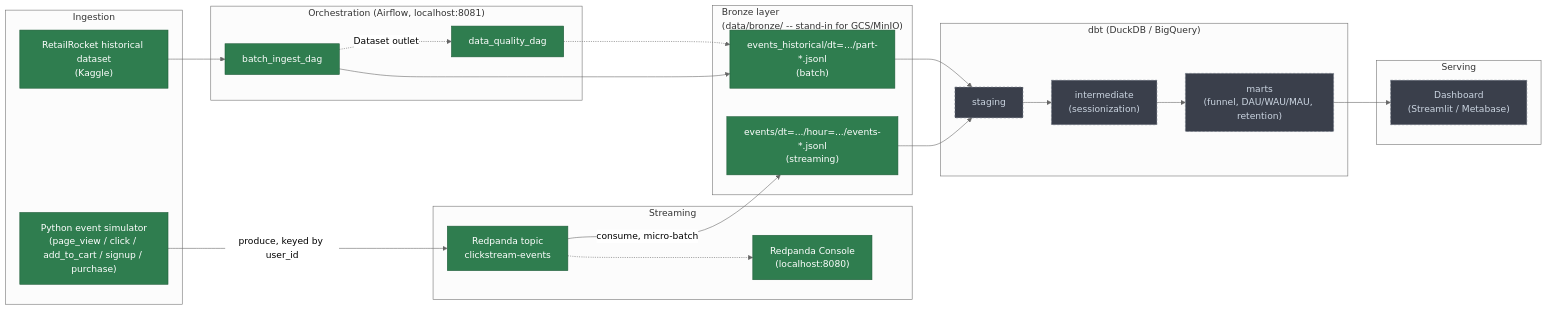
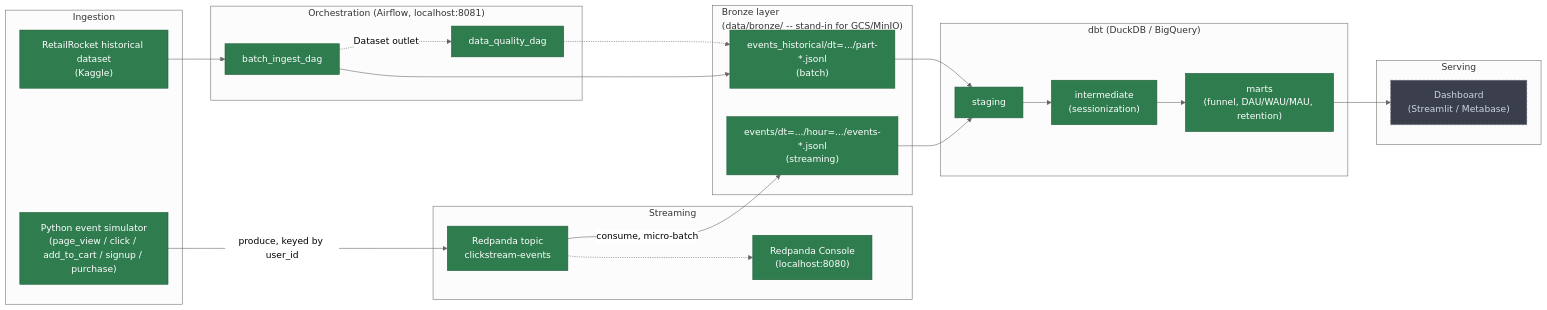
Before and after one commit to AkshayyRane/clickstream-pipeline: the diagram in README.md, drawn with Mermaid (neutral theme). The commit also changed other lines of this file and 24 other files, not shown here.

First line of the commit message:
Phase 3: dbt warehouse - staging, sessionization, per-source marts

````diff
--- a/README.md
+++ b/README.md
@@ -15,45 +15,45 @@
 ```mermaid
 flowchart LR
     subgraph ingest["Ingestion"]
         sim["Python event simulator<br/>(page_view / click / add_to_cart / signup / purchase)"]:::done
         hist["RetailRocket historical dataset<br/>(Kaggle)"]:::done
     end
 
     subgraph stream["Streaming"]
         rp["Redpanda topic<br/>clickstream-events"]:::done
         console["Redpanda Console<br/>(localhost:8080)"]:::done
     end
 
     subgraph orch["Orchestration (Airflow, localhost:8081)"]
         batch_dag["batch_ingest_dag"]:::done
         dq_dag["data_quality_dag"]:::done
     end
 
     subgraph bronze["Bronze layer<br/>(data/bronze/ -- stand-in for GCS/MinIO)"]
         b1["events/dt=.../hour=.../events-*.jsonl<br/>(streaming)"]:::done
         b2["events_historical/dt=.../part-*.jsonl<br/>(batch)"]:::done
     end
 
     subgraph warehouse["dbt (DuckDB / BigQuery)"]
-        stg["staging"]:::planned
-        inter["intermediate<br/>(sessionization)"]:::planned
-        marts["marts<br/>(funnel, DAU/WAU/MAU, retention)"]:::planned
+        stg["staging"]:::done
+        inter["intermediate<br/>(sessionization)"]:::done
+        marts["marts<br/>(funnel, DAU/WAU/MAU, retention)"]:::done
     end
 
     subgraph serving["Serving"]
         dash["Dashboard<br/>(Streamlit / Metabase)"]:::planned
     end
 
     sim -->|produce, keyed by user_id| rp
     rp -->|consume, micro-batch| b1
     rp -.-> console
     hist --> batch_dag --> b2
     batch_dag -.->|Dataset outlet| dq_dag
     dq_dag -.-> b2
     b1 --> stg
     b2 --> stg
     stg --> inter --> marts --> dash
 
     classDef done fill:#2f7d4f,stroke:#1e5c38,color:#fff
     classDef planned fill:#3a3f4b,stroke:#6b7280,color:#cbd5e1,stroke-dasharray: 4 3
 ```
````
